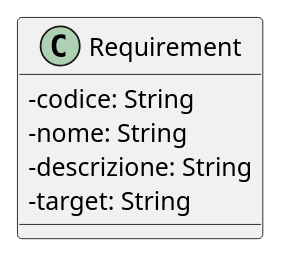
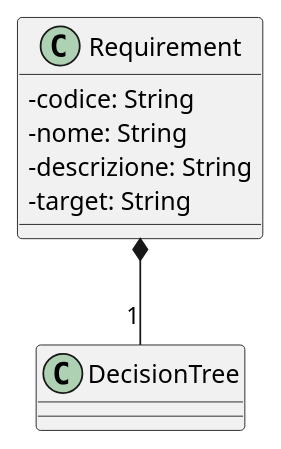
Before and after one commit to GroupRubberDuck/Documentazione: the diagram in src/PB/DocumentazioneEsterna/Specifica_Tecnica/content/uml/puml/Dominio/Requirement.puml, drawn with PlantUML. The commit also changed 10 other files, not shown here.

```diff
--- a/src/PB/DocumentazioneEsterna/Specifica_Tecnica/content/uml/puml/Dominio/Requirement.puml
+++ b/src/PB/DocumentazioneEsterna/Specifica_Tecnica/content/uml/puml/Dominio/Requirement.puml
@@ -1,12 +1,13 @@
 @startuml Requirement
 skinparam linetype ortho
 skinparam classAttributeIconSize 0
 
 class Requirement {
     - codice: String
     - nome: String
     - descrizione: String
     - target: String
 }
+Requirement *-- "1" DecisionTree
 
 @enduml
```
